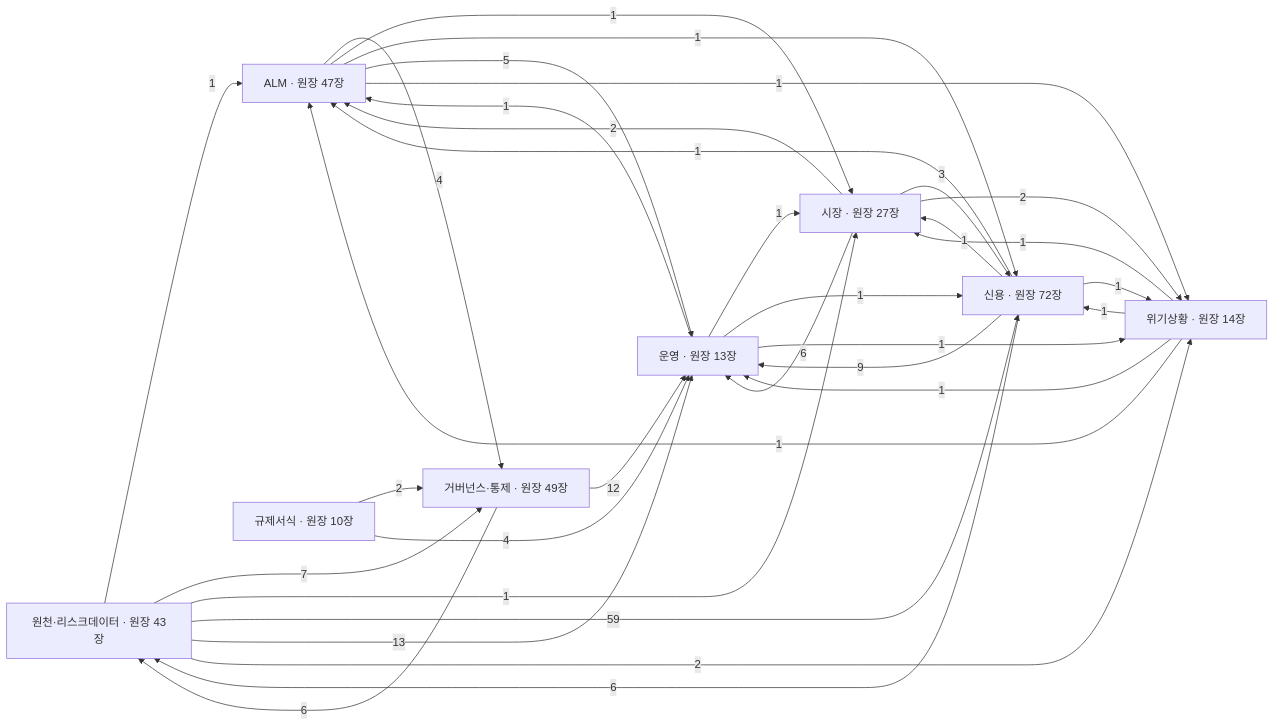
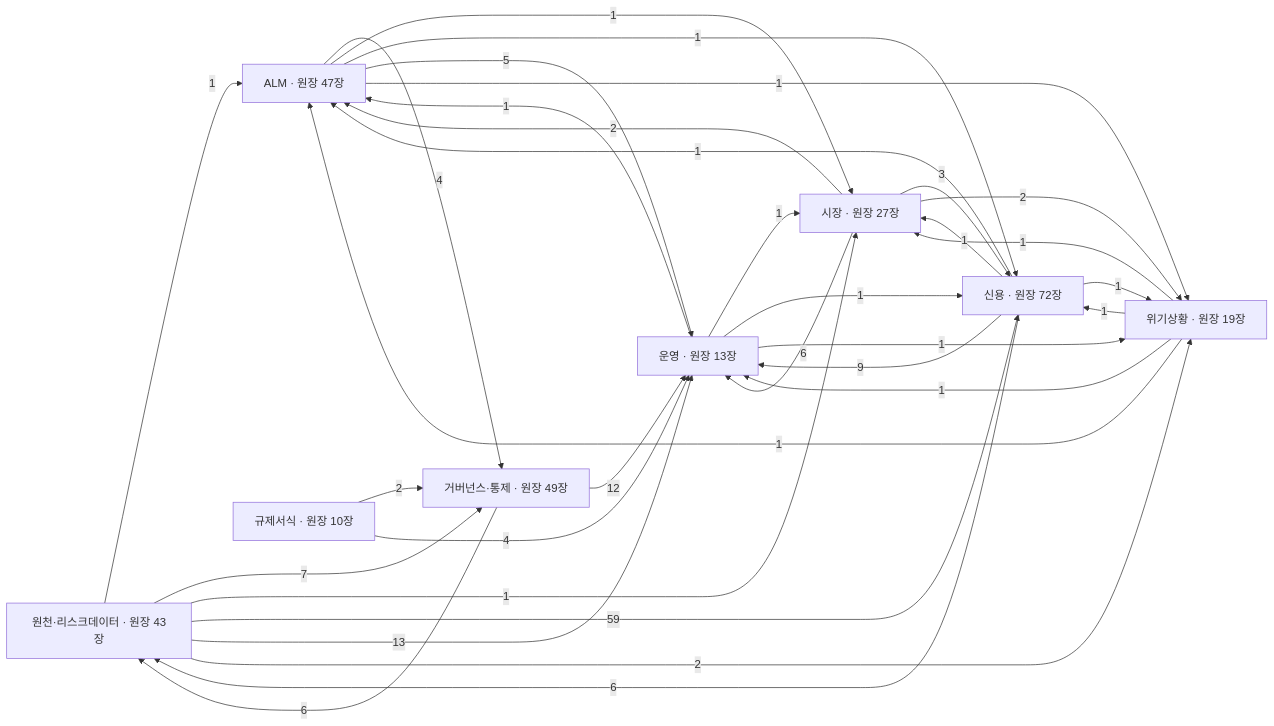
The first of 18 diagrams in docs/DATA_FLOW.md (bbootta/AIops), drawn with Mermaid before and after one commit. The commit also changed other lines of this file and 12 other files, not shown here.

````diff
--- a/docs/DATA_FLOW.md
+++ b/docs/DATA_FLOW.md
@@ -44,43 +44,43 @@
 ```mermaid
 flowchart LR
   B1["원천·리스크데이터 · 원장 43장"]
   B2["신용 · 원장 72장"]
   B3["시장 · 원장 27장"]
   B4["운영 · 원장 13장"]
   B5["ALM · 원장 47장"]
-  B6["위기상황 · 원장 14장"]
+  B6["위기상황 · 원장 19장"]
   B7["규제서식 · 원장 10장"]
   B8["거버넌스·통제 · 원장 49장"]
   B5 -->|4| B8
   B5 -->|1| B3
   B5 -->|1| B2
   B5 -->|5| B4
   B5 -->|1| B6
   B8 -->|12| B4
   B8 -->|6| B1
   B7 -->|2| B8
   B7 -->|4| B4
   B3 -->|2| B5
   B3 -->|3| B2
   B3 -->|6| B4
   B3 -->|2| B6
   B2 -->|1| B5
   B2 -->|1| B3
   B2 -->|9| B4
   B2 -->|6| B1
   B2 -->|1| B6
   B4 -->|1| B5
   B4 -->|1| B3
   B4 -->|1| B2
   B4 -->|1| B6
   B1 -->|1| B5
   B1 -->|7| B8
   B1 -->|1| B3
   B1 -->|59| B2
   B1 -->|13| B4
   B1 -->|2| B6
   B6 -->|1| B5
   B6 -->|1| B3
   B6 -->|1| B2
   B6 -->|1| B4
 ```
````
